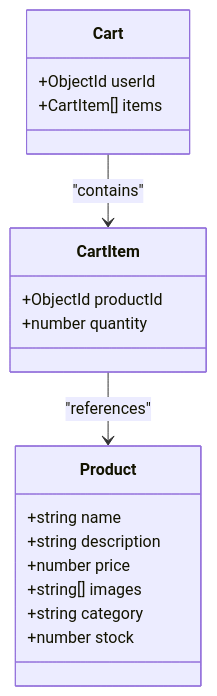
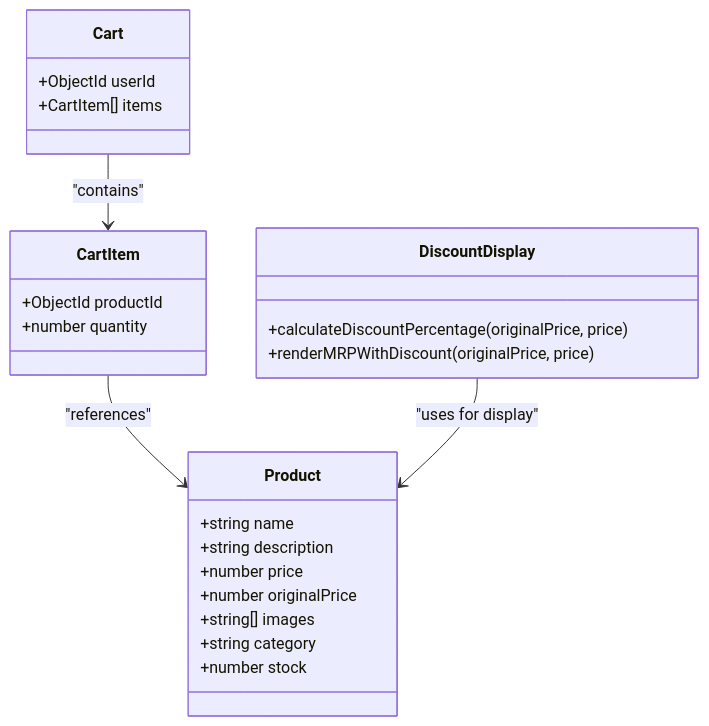
One commit to Pavan-PSPK9032/TrendsandToss changed the eighth of 9 diagrams in .qoder/repowiki/en/content/Database Schemas & Models/Product Model.md. Above: the diagram before and after it, drawn with Mermaid. The commit also changed other lines of this file and 24 other files, not shown here.

````diff
--- a/.qoder/repowiki/en/content/Database Schemas & Models/Product Model.md
+++ b/.qoder/repowiki/en/content/Database Schemas & Models/Product Model.md
@@ -348,21 +391,27 @@
 ```mermaid
 classDiagram
 class Product {
 +string name
 +string description
 +number price
++number originalPrice
 +string[] images
 +string category
 +number stock
 }
 class CartItem {
 +ObjectId productId
 +number quantity
 }
 class Cart {
 +ObjectId userId
 +CartItem[] items
 }
+class DiscountDisplay {
++calculateDiscountPercentage(originalPrice, price)
++renderMRPWithDiscount(originalPrice, price)
+}
 Cart --> CartItem : "contains"
 CartItem --> Product : "references"
+DiscountDisplay --> Product : "uses for display"
 ```
````
